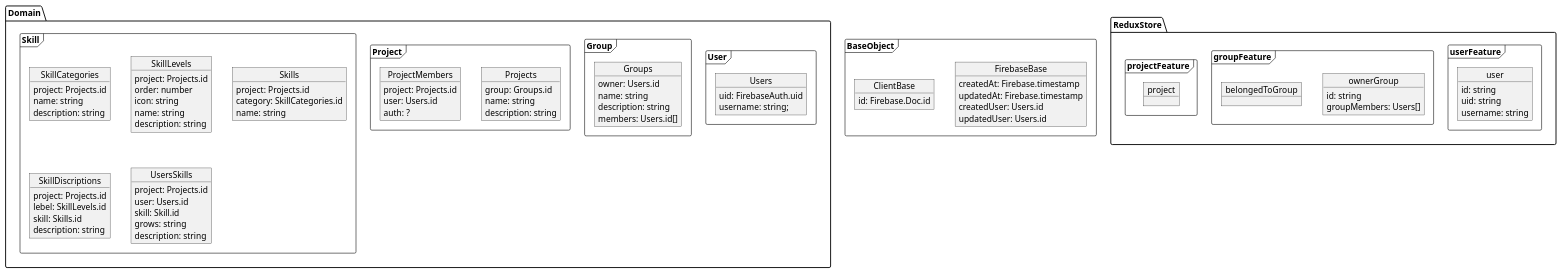
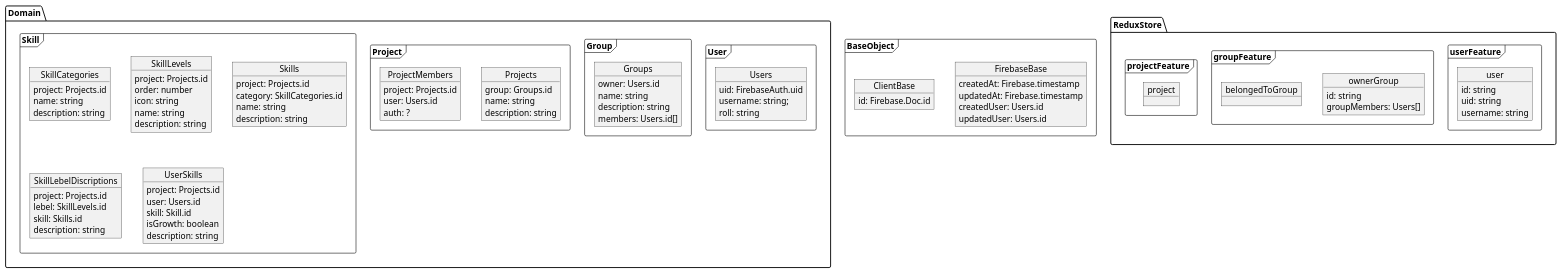
One commit to shigarashi1/skill-map-creater changed the diagram in .specs/diagrams/schema.pu. Above: the diagram before and after it, drawn with PlantUML. The commit also changed 1 other file, not shown here.

```diff
--- a/.specs/diagrams/schema.pu
+++ b/.specs/diagrams/schema.pu
@@ -1,109 +1,111 @@
 @startuml schema-diagram
 
 frame BaseObject {
 	' FirebaseBaseObject
 	object FirebaseBase {
 		createdAt: Firebase.timestamp
 		updatedAt: Firebase.timestamp
 		createdUser: Users.id
 		updatedUser: Users.id
 	}
 	object ClientBase {
 		id: Firebase.Doc.id
 	}
 }
 
 package Domain {
 	frame User {
 		object Users {
 			uid: FirebaseAuth.uid
 			username: string;
+			roll: string
 		}
 	}
 
 	frame Group {
 		object Groups {
 			owner: Users.id
 			name: string
 			description: string
 			members: Users.id[]
 		}
 	}
 
 	frame Project { 
 		object Projects {
 			group: Groups.id
 			name: string
 			description: string
 		}
 
 		object ProjectMembers {
 			project: Projects.id
 			user: Users.id
 			auth: ?
 		}
 	}
 
 	frame Skill { 
 		object SkillCategories {
 			project: Projects.id
 			name: string
 			description: string
 		}
 
 		object SkillLevels {
 			project: Projects.id
 			order: number
 			icon: string
 			name: string
 			description: string
 		}
 
 		object Skills {
 			project: Projects.id
 			category: SkillCategories.id
 			name: string
+			description: string
 		}
 
-		object SkillDiscriptions {
+		object SkillLebelDiscriptions {
 			project: Projects.id
 			lebel: SkillLevels.id
 			skill: Skills.id
 			description: string
 		}
 
-		object UsersSkills {
+		object UserSkills {
 			project: Projects.id
 			user: Users.id
 			skill: Skill.id
-			grows: string
+			isGrowth: boolean
 			description: string
 		}
 	}
 }
 
 package ReduxStore {
 	frame userFeature {
 		object user {
 			id: string
 			uid: string
 			username: string
 		}
 	}
 
 	frame groupFeature {
 		object ownerGroup {
 			id: string
 			groupMembers: Users[]
 		}
 		object belongedToGroup {
 		}
 	}
 
 	frame projectFeature {
 		object project {
 		}
 	}
 }
 
 @enduml
```
